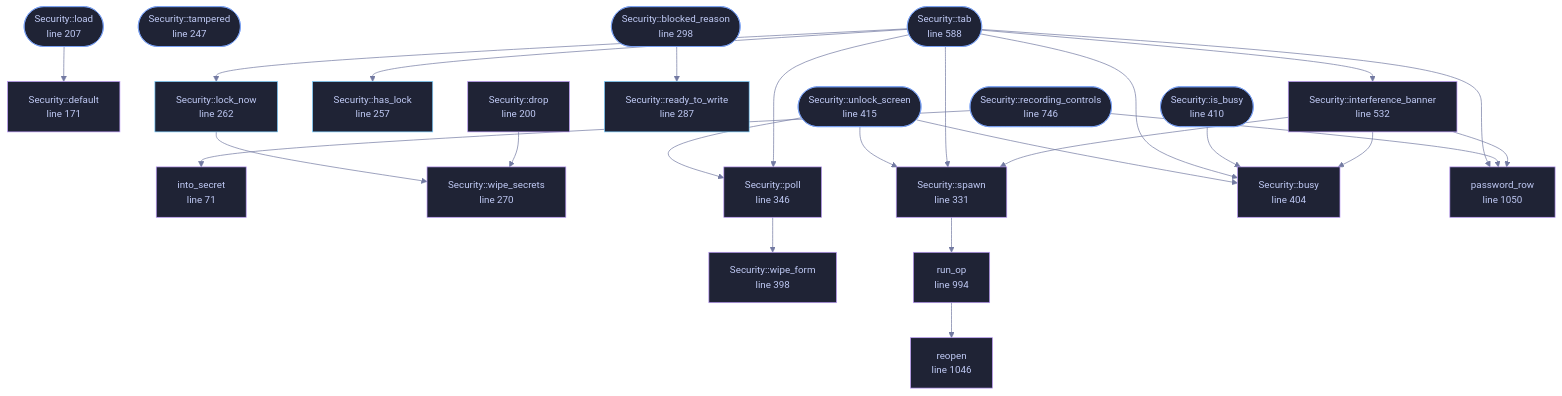
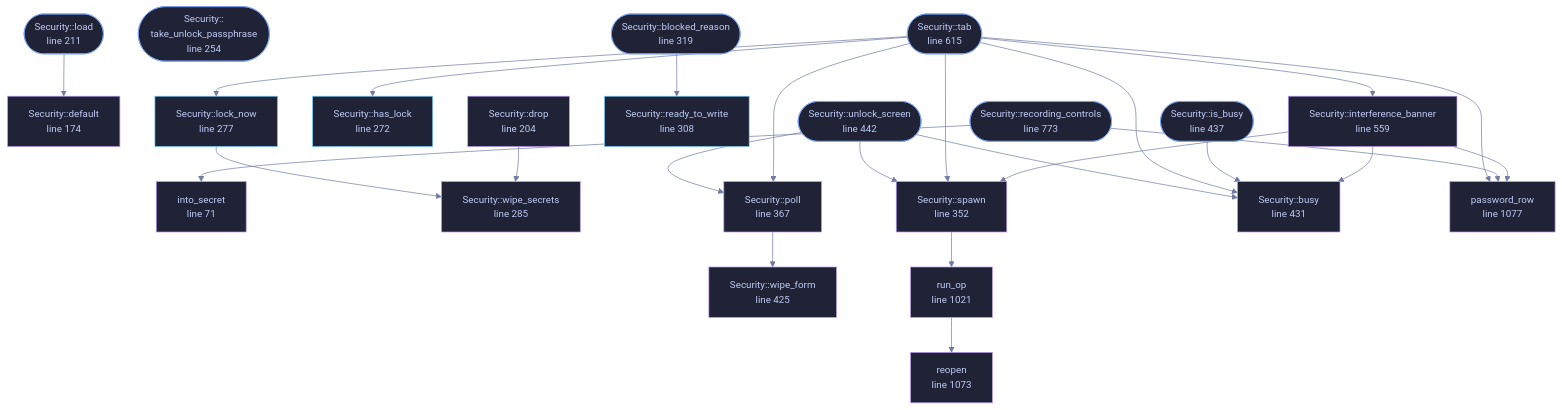
One commit to tilas01/veilvoice changed the diagram in docs/files/veilvoice-gui/security.md. Above: the diagram before and after it, drawn with Mermaid. The commit also changed other lines of this file and 44 other files, not shown here.

````diff
--- a/docs/files/veilvoice-gui/security.md
+++ b/docs/files/veilvoice-gui/security.md
@@ -132,77 +133,77 @@
 ```mermaid
 %%{init: {"theme":"base","themeVariables":{"background":"#1a1b26","primaryColor":"#1f2335","primaryTextColor":"#c0caf5","primaryBorderColor":"#7aa2f7","secondaryColor":"#16161e","tertiaryColor":"#16161e","lineColor":"#737aa2","textColor":"#c0caf5","mainBkg":"#1f2335","nodeBorder":"#7aa2f7","clusterBkg":"#16161e","clusterBorder":"#2f3549","fontFamily":"ui-monospace, SFMono-Regular, Consolas, monospace","fontSize":"14px"}}}%%
 flowchart TD
     n_into_secret["into_secret<br/>line 71"]
-    n_default["Security::default<br/>line 171"]
-    n_drop["Security::drop<br/>line 200"]
-    n_load(["Security::load<br/>line 207"])
-    n_tampered(["Security::tampered<br/>line 247"])
-    n_has_lock["Security::has_lock<br/>line 257"]
-    n_lock_now["Security::lock_now<br/>line 262"]
-    n_wipe_secrets["Security::wipe_secrets<br/>line 270"]
-    n_ready_to_write["Security::ready_to_write<br/>line 287"]
-    n_blocked_reason(["Security::blocked_reason<br/>line 298"])
-    n_spawn["Security::spawn<br/>line 331"]
-    n_poll["Security::poll<br/>line 346"]
-    n_wipe_form["Security::wipe_form<br/>line 398"]
-    n_busy["Security::busy<br/>line 404"]
-    n_is_busy(["Security::is_busy<br/>line 410"])
-    n_unlock_screen(["Security::unlock_screen<br/>line 415"])
-    n_interference_banner["Security::interference_banner<br/>line 532"]
-    n_tab(["Security::tab<br/>line 588"])
-    n_recording_controls(["Security::recording_controls<br/>line 746"])
-    n_run_op["run_op<br/>line 994"]
-    n_reopen["reopen<br/>line 1046"]
-    n_password_row["password_row<br/>line 1050"]
+    n_default["Security::default<br/>line 174"]
+    n_drop["Security::drop<br/>line 204"]
+    n_load(["Security::load<br/>line 211"])
+    n_take_unlock_passphrase(["Security::<br/>take_unlock_passphrase<br/>line 254"])
+    n_has_lock["Security::has_lock<br/>line 272"]
+    n_lock_now["Security::lock_now<br/>line 277"]
+    n_wipe_secrets["Security::wipe_secrets<br/>line 285"]
+    n_ready_to_write["Security::ready_to_write<br/>line 308"]
+    n_blocked_reason(["Security::blocked_reason<br/>line 319"])
+    n_spawn["Security::spawn<br/>line 352"]
+    n_poll["Security::poll<br/>line 367"]
+    n_wipe_form["Security::wipe_form<br/>line 425"]
+    n_busy["Security::busy<br/>line 431"]
+    n_is_busy(["Security::is_busy<br/>line 437"])
+    n_unlock_screen(["Security::unlock_screen<br/>line 442"])
+    n_interference_banner["Security::interference_banner<br/>line 559"]
+    n_tab(["Security::tab<br/>line 615"])
+    n_recording_controls(["Security::recording_controls<br/>line 773"])
+    n_run_op["run_op<br/>line 1021"]
+    n_reopen["reopen<br/>line 1073"]
+    n_password_row["password_row<br/>line 1077"]
     n_blocked_reason --> n_ready_to_write
     n_drop --> n_wipe_secrets
     n_interference_banner --> n_busy
     n_interference_banner --> n_password_row
     n_interference_banner --> n_spawn
     n_is_busy --> n_busy
     n_load --> n_default
     n_lock_now --> n_wipe_secrets
     n_poll --> n_wipe_form
     n_recording_controls --> n_into_secret
     n_recording_controls --> n_password_row
     n_run_op --> n_reopen
     n_spawn --> n_run_op
     n_tab --> n_busy
     n_tab --> n_has_lock
     n_tab --> n_interference_banner
     n_tab --> n_lock_now
     n_tab --> n_password_row
     n_tab --> n_poll
     n_tab --> n_spawn
     n_unlock_screen --> n_busy
     n_unlock_screen --> n_poll
     n_unlock_screen --> n_spawn
     click n_into_secret href "https://github.com/tilas01/veilvoice/blob/main/crates/veilvoice-gui/src/security.rs#L71" "open the source"
-    click n_default href "https://github.com/tilas01/veilvoice/blob/main/crates/veilvoice-gui/src/security.rs#L171" "open the source"
-    click n_drop href "https://github.com/tilas01/veilvoice/blob/main/crates/veilvoice-gui/src/security.rs#L200" "open the source"
-    click n_load href "https://github.com/tilas01/veilvoice/blob/main/crates/veilvoice-gui/src/security.rs#L207" "open the source"
-    click n_tampered href "https://github.com/tilas01/veilvoice/blob/main/crates/veilvoice-gui/src/security.rs#L247" "open the source"
-    click n_has_lock href "https://github.com/tilas01/veilvoice/blob/main/crates/veilvoice-gui/src/security.rs#L257" "open the source"
-    click n_lock_now href "https://github.com/tilas01/veilvoice/blob/main/crates/veilvoice-gui/src/security.rs#L262" "open the source"
-    click n_wipe_secrets href "https://github.com/tilas01/veilvoice/blob/main/crates/veilvoice-gui/src/security.rs#L270" "open the source"
-    click n_ready_to_write href "https://github.com/tilas01/veilvoice/blob/main/crates/veilvoice-gui/src/security.rs#L287" "open the source"
-    click n_blocked_reason href "https://github.com/tilas01/veilvoice/blob/main/crates/veilvoice-gui/src/security.rs#L298" "open the source"
-    click n_spawn href "https://github.com/tilas01/veilvoice/blob/main/crates/veilvoice-gui/src/security.rs#L331" "open the source"
-    click n_poll href "https://github.com/tilas01/veilvoice/blob/main/crates/veilvoice-gui/src/security.rs#L346" "open the source"
-    click n_wipe_form href "https://github.com/tilas01/veilvoice/blob/main/crates/veilvoice-gui/src/security.rs#L398" "open the source"
-    click n_busy href "https://github.com/tilas01/veilvoice/blob/main/crates/veilvoice-gui/src/security.rs#L404" "open the source"
-    click n_is_busy href "https://github.com/tilas01/veilvoice/blob/main/crates/veilvoice-gui/src/security.rs#L410" "open the source"
-    click n_unlock_screen href "https://github.com/tilas01/veilvoice/blob/main/crates/veilvoice-gui/src/security.rs#L415" "open the source"
-    click n_interference_banner href "https://github.com/tilas01/veilvoice/blob/main/crates/veilvoice-gui/src/security.rs#L532" "open the source"
-    click n_tab href "https://github.com/tilas01/veilvoice/blob/main/crates/veilvoice-gui/src/security.rs#L588" "open the source"
-    click n_recording_controls href "https://github.com/tilas01/veilvoice/blob/main/crates/veilvoice-gui/src/security.rs#L746" "open the source"
-    click n_run_op href "https://github.com/tilas01/veilvoice/blob/main/crates/veilvoice-gui/src/security.rs#L994" "open the source"
-    click n_reopen href "https://github.com/tilas01/veilvoice/blob/main/crates/veilvoice-gui/src/security.rs#L1046" "open the source"
-    click n_password_row href "https://github.com/tilas01/veilvoice/blob/main/crates/veilvoice-gui/src/security.rs#L1050" "open the source"
+    click n_default href "https://github.com/tilas01/veilvoice/blob/main/crates/veilvoice-gui/src/security.rs#L174" "open the source"
+    click n_drop href "https://github.com/tilas01/veilvoice/blob/main/crates/veilvoice-gui/src/security.rs#L204" "open the source"
+    click n_load href "https://github.com/tilas01/veilvoice/blob/main/crates/veilvoice-gui/src/security.rs#L211" "open the source"
+    click n_take_unlock_passphrase href "https://github.com/tilas01/veilvoice/blob/main/crates/veilvoice-gui/src/security.rs#L254" "open the source"
+    click n_has_lock href "https://github.com/tilas01/veilvoice/blob/main/crates/veilvoice-gui/src/security.rs#L272" "open the source"
+    click n_lock_now href "https://github.com/tilas01/veilvoice/blob/main/crates/veilvoice-gui/src/security.rs#L277" "open the source"
+    click n_wipe_secrets href "https://github.com/tilas01/veilvoice/blob/main/crates/veilvoice-gui/src/security.rs#L285" "open the source"
+    click n_ready_to_write href "https://github.com/tilas01/veilvoice/blob/main/crates/veilvoice-gui/src/security.rs#L308" "open the source"
+    click n_blocked_reason href "https://github.com/tilas01/veilvoice/blob/main/crates/veilvoice-gui/src/security.rs#L319" "open the source"
+    click n_spawn href "https://github.com/tilas01/veilvoice/blob/main/crates/veilvoice-gui/src/security.rs#L352" "open the source"
+    click n_poll href "https://github.com/tilas01/veilvoice/blob/main/crates/veilvoice-gui/src/security.rs#L367" "open the source"
+    click n_wipe_form href "https://github.com/tilas01/veilvoice/blob/main/crates/veilvoice-gui/src/security.rs#L425" "open the source"
+    click n_busy href "https://github.com/tilas01/veilvoice/blob/main/crates/veilvoice-gui/src/security.rs#L431" "open the source"
+    click n_is_busy href "https://github.com/tilas01/veilvoice/blob/main/crates/veilvoice-gui/src/security.rs#L437" "open the source"
+    click n_unlock_screen href "https://github.com/tilas01/veilvoice/blob/main/crates/veilvoice-gui/src/security.rs#L442" "open the source"
+    click n_interference_banner href "https://github.com/tilas01/veilvoice/blob/main/crates/veilvoice-gui/src/security.rs#L559" "open the source"
+    click n_tab href "https://github.com/tilas01/veilvoice/blob/main/crates/veilvoice-gui/src/security.rs#L615" "open the source"
+    click n_recording_controls href "https://github.com/tilas01/veilvoice/blob/main/crates/veilvoice-gui/src/security.rs#L773" "open the source"
+    click n_run_op href "https://github.com/tilas01/veilvoice/blob/main/crates/veilvoice-gui/src/security.rs#L1021" "open the source"
+    click n_reopen href "https://github.com/tilas01/veilvoice/blob/main/crates/veilvoice-gui/src/security.rs#L1073" "open the source"
+    click n_password_row href "https://github.com/tilas01/veilvoice/blob/main/crates/veilvoice-gui/src/security.rs#L1077" "open the source"
     classDef entry fill:#1f2335,stroke:#7aa2f7,color:#c0caf5
-    class n_load,n_tampered,n_blocked_reason,n_is_busy,n_unlock_screen,n_tab,n_recording_controls entry
+    class n_load,n_take_unlock_passphrase,n_blocked_reason,n_is_busy,n_unlock_screen,n_tab,n_recording_controls entry
     classDef api fill:#1f2335,stroke:#7dcfff,color:#c0caf5
     class n_has_lock,n_lock_now,n_ready_to_write api
     classDef helper fill:#1f2335,stroke:#bb9af7,color:#c0caf5
     class n_into_secret,n_default,n_drop,n_wipe_secrets,n_spawn,n_poll,n_wipe_form,n_busy,n_interference_banner,n_run_op,n_reopen,n_password_row helper
 ```
````
